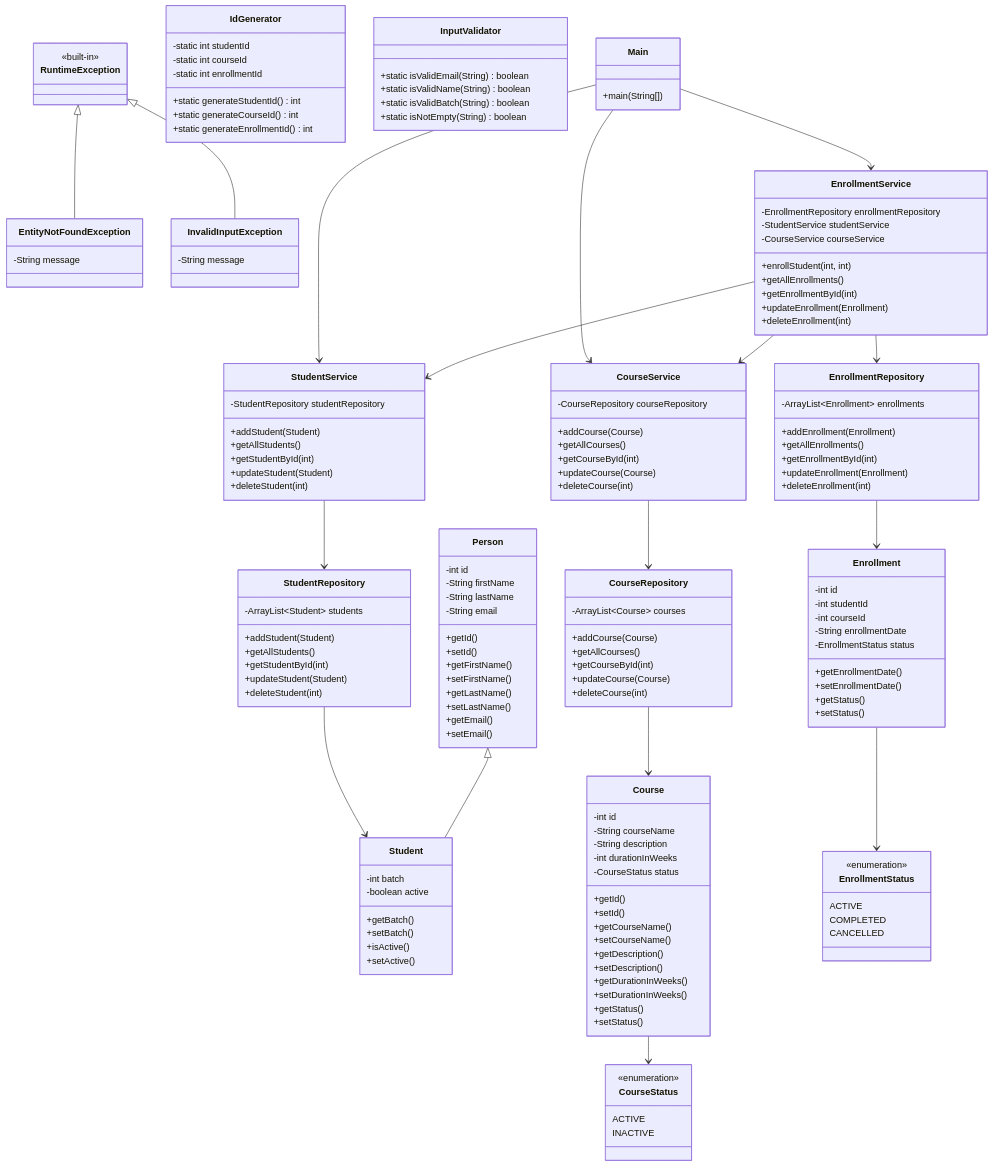
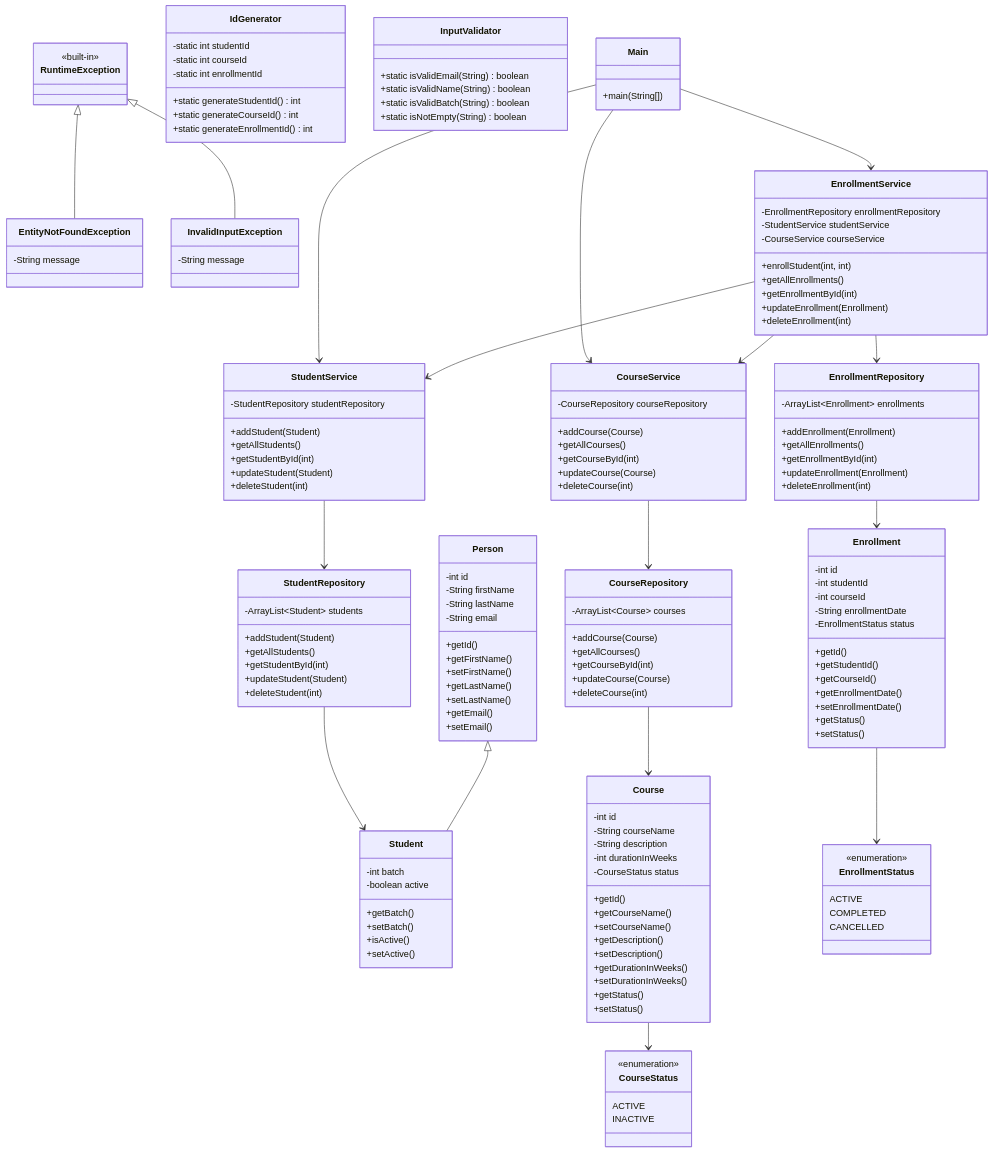
One commit to rohanrpatil3858-rp/LearnTrack changed the diagram in README.md. Above: the diagram before and after it, drawn with Mermaid.

Commit message:
Updated README with class diagram

```diff
--- a/README.md
+++ b/README.md
@@ -73,7 +73,6 @@
         -String lastName
         -String email
         +getId()
-        +setId()
         +getFirstName()
         +setFirstName()
         +getLastName()
@@ -98,7 +97,6 @@
         -int durationInWeeks
         -CourseStatus status
         +getId()
-        +setId()
         +getCourseName()
         +setCourseName()
         +getDescription()
@@ -115,6 +113,9 @@
         -int courseId
         -String enrollmentDate
         -EnrollmentStatus status
+        +getId()
+        +getStudentId()
+        +getCourseId()
         +getEnrollmentDate()
         +setEnrollmentDate()
         +getStatus()
```
